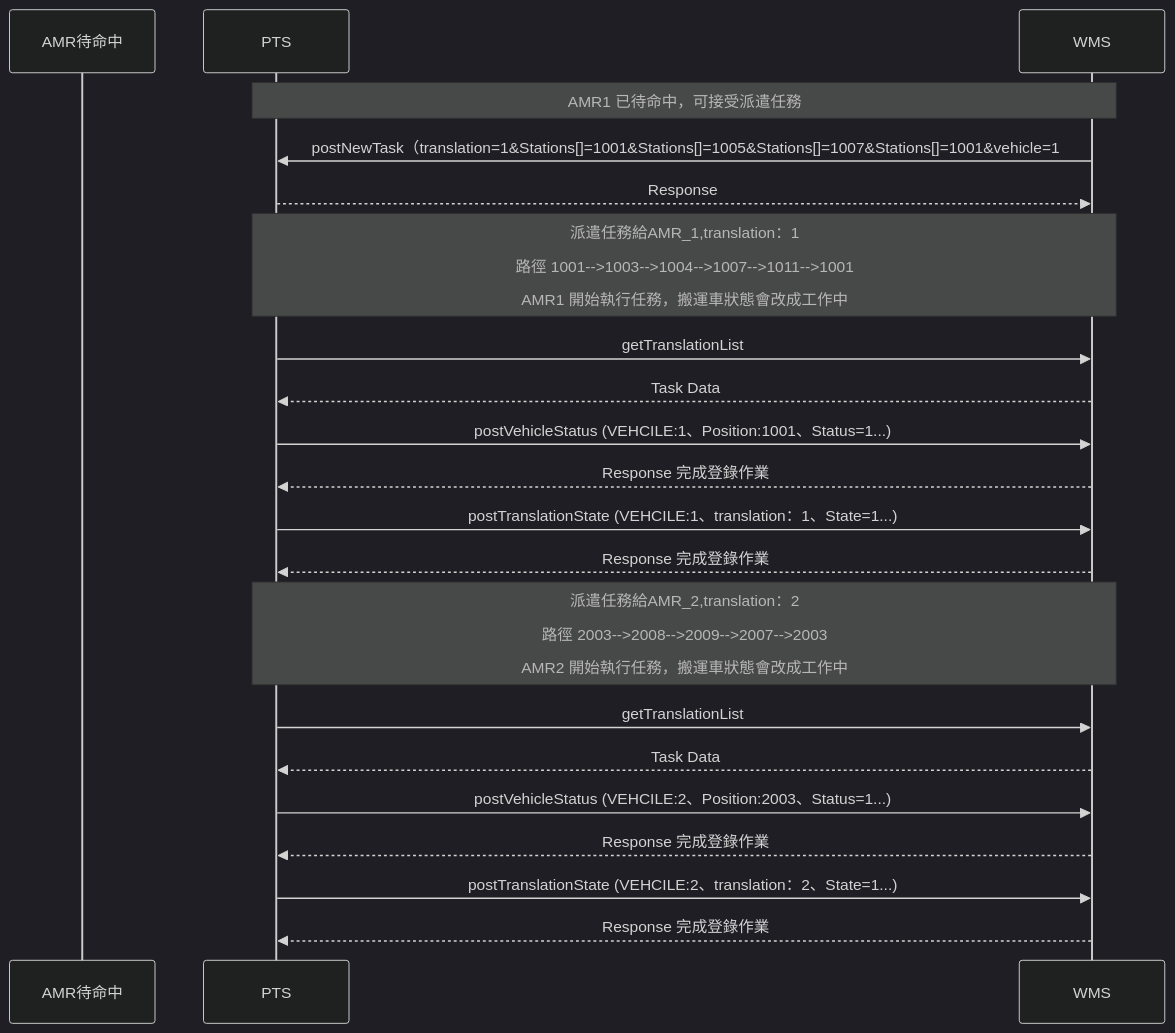
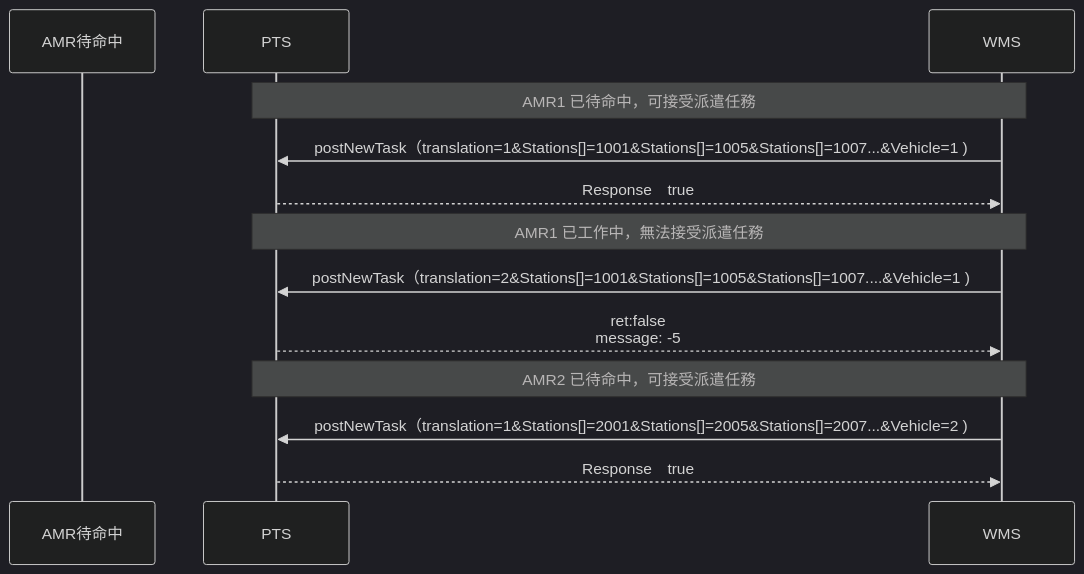
Before and after one commit to athena-tircgo/amr-wms-lsj: the sixth of 9 diagrams in README.md, drawn with Mermaid (dark theme). The commit also changed other lines of this file, not shown here.

````diff
--- a/README.md
+++ b/README.md
@@ -375,28 +375,20 @@
 ```mermaid
 sequenceDiagram
     participant AMR待命中
     participant PTS
     participant WMS
 
 note over PTS,WMS: AMR1 已待命中，可接受派遣任務
-        WMS->>PTS: postNewTask（translation=1&Stations[]=1001&Stations[]=1005&Stations[]=1007&Stations[]=1001&vehicle=1
-        PTS-->>WMS: Response
+        WMS->>PTS: postNewTask（translation=1&Stations[]=1001&Stations[]=1005&Stations[]=1007...&Vehicle=1 )
+        PTS-->>WMS: Response　true
 
-        
-note over PTS,WMS: 派遣任務給AMR_1,translation：1<br><br>路徑 1001-->1003-->1004-->1007-->1011-->1001<br><br>AMR1 開始執行任務，搬運車狀態會改成工作中
-     PTS->>WMS: getTranslationList
-     WMS-->>PTS: Task Data
-     PTS->>WMS: postVehicleStatus (VEHCILE:1、Position:1001、Status=1...)
-     WMS-->>PTS: Response 完成登錄作業
-     PTS->>WMS: postTranslationState (VEHCILE:1、translation：1、State=1...)
-     WMS-->>PTS: Response 完成登錄作業
+note over PTS,WMS:  AMR1 已工作中，無法接受派遣任務
+        WMS->>PTS: postNewTask（translation=2&Stations[]=1001&Stations[]=1005&Stations[]=1007....&Vehicle=1 )
+        PTS-->>WMS: ret:false <br> message: -5
 
-note over PTS,WMS: 派遣任務給AMR_2,translation：2<br><br>路徑 2003-->2008-->2009-->2007-->2003<br><br>AMR2 開始執行任務，搬運車狀態會改成工作中
-     PTS->>WMS: getTranslationList
-     WMS-->>PTS: Task Data
-     PTS->>WMS: postVehicleStatus (VEHCILE:2、Position:2003、Status=1...)
-     WMS-->>PTS: Response 完成登錄作業
-     PTS->>WMS: postTranslationState (VEHCILE:2、translation：2、State=1...)
-     WMS-->>PTS: Response 完成登錄作業
+note over PTS,WMS: AMR2 已待命中，可接受派遣任務
+        WMS->>PTS: postNewTask（translation=1&Stations[]=2001&Stations[]=2005&Stations[]=2007...&Vehicle=2 )
+        PTS-->>WMS: Response　true
+
 
 ```
````
